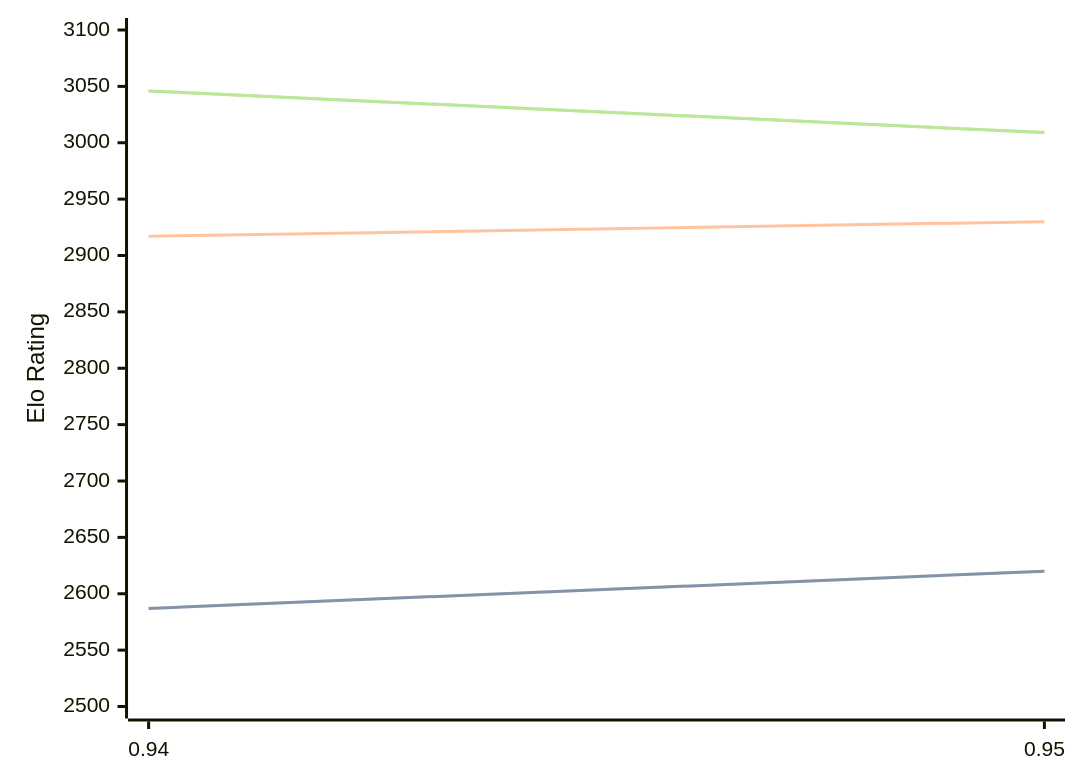
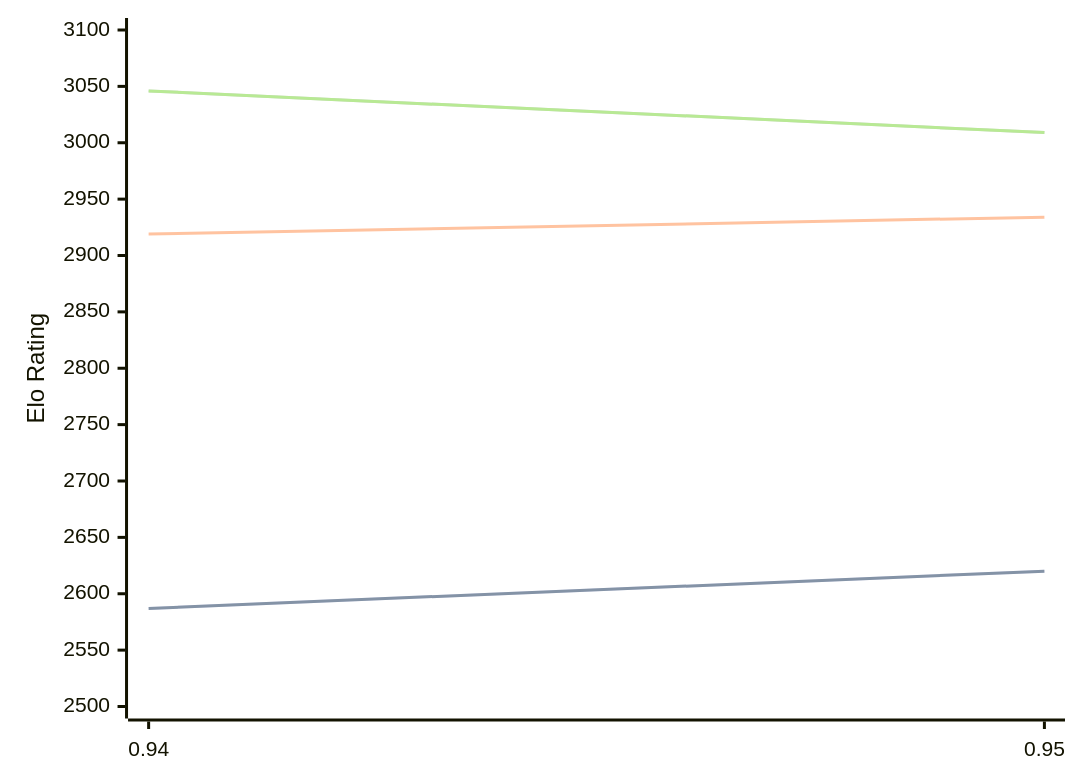
The diagram in engines/Myrddin.md (computer-chess-index/cci), drawn with Mermaid before and after one commit. The commit also changed other lines of this file, not shown here.

````diff
--- a/engines/Myrddin.md
+++ b/engines/Myrddin.md
@@ -37,11 +37,11 @@
 ```mermaid
 %%{init: {"theme":"base","themeVariables":{"seriesColors:['#a3a3a3','#222221','#faa371']}}}%%
 xychart-beta
   x-axis ["0.94", "0.95"]
   y-axis "Elo Rating" 2500 --> 3100
   line "STC (8.0+0.08s)" [2587, 2620]
   line "STC (8.0+0.08s)" [2587, 2620]
-  line "LTC (60.0+0.60s)" [2917, 2930]
+  line "LTC (60.0+0.60s)" [2919, 2934]
   line "VLTC (2m24s+1.12s)" [3046, 3009]
   line "VLTC (2m24s+1.12s)" [3046, 3009]
 ```
````
